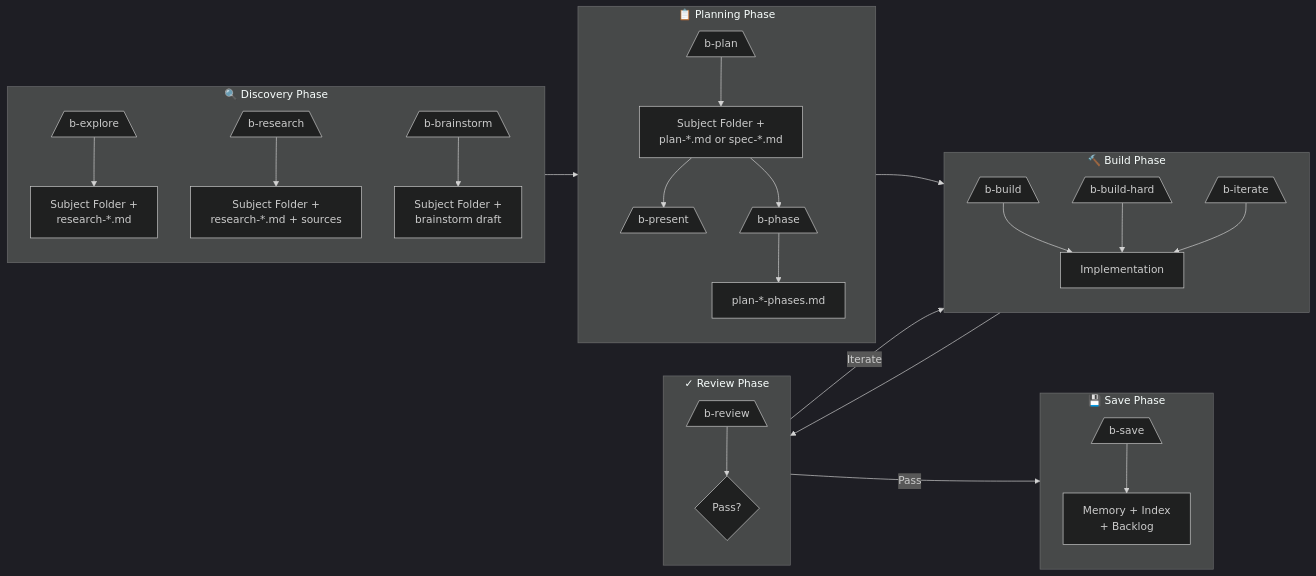
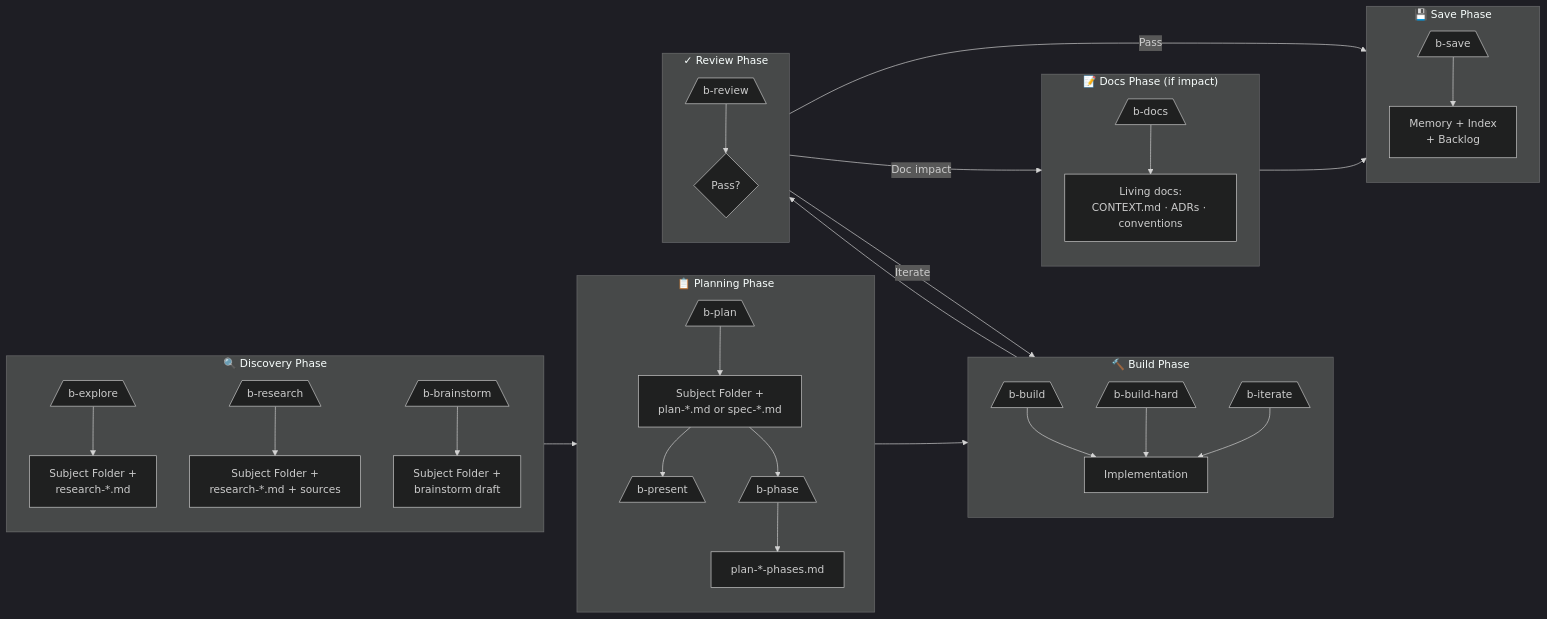
The second of 3 diagrams in docs/buck-workflow.md (evilbuck/buck-workflow-pi), drawn with Mermaid (dark theme) before and after one commit. The commit also changed other lines of this file and 22 other files, not shown here.

````diff
--- a/docs/buck-workflow.md
+++ b/docs/buck-workflow.md
@@ -266,35 +269,41 @@
 ```mermaid
 flowchart LR
     subgraph Research["🔍 Discovery Phase"]
         R1[/b-explore\] --> R2[Subject Folder +<br/>research-*.md]
         R1b[/b-research\] --> R2b[Subject Folder +<br/>research-*.md + sources]
         R3[/b-brainstorm\] --> R4[Subject Folder +<br/>brainstorm draft]
     end
     
     subgraph Planning["📋 Planning Phase"]
         P1[/b-plan\] --> P2[Subject Folder +<br/>plan-*.md or spec-*.md]
         P2 --> P3[/b-present\]
         P2 --> P4[/b-phase\]
         P4 --> P5[plan-*-phases.md]
     end
     
     subgraph Build["🔨 Build Phase"]
         B1[/b-build\] --> B2[Implementation]
         B3[/b-build-hard\] --> B2
         B4[/b-iterate\] --> B2
     end
     
     subgraph Review["✓ Review Phase"]
         V1[/b-review\] --> V2{Pass?}
     end
     
+    subgraph Docs["📝 Docs Phase (if impact)"]
+        D1[/b-docs\] --> D2[Living docs:<br/>CONTEXT.md · ADRs · conventions]
+    end
+    
     subgraph Save["💾 Save Phase"]
         S1[/b-save\] --> S2[Memory + Index<br/>+ Backlog]
     end
     
     Research --> Planning
     Planning --> Build
     Build --> Review
     Review -->|Pass| Save
+    Review -->|Doc impact| Docs
+    Docs --> Save
     Review -->|Iterate| Build
 ```
````
